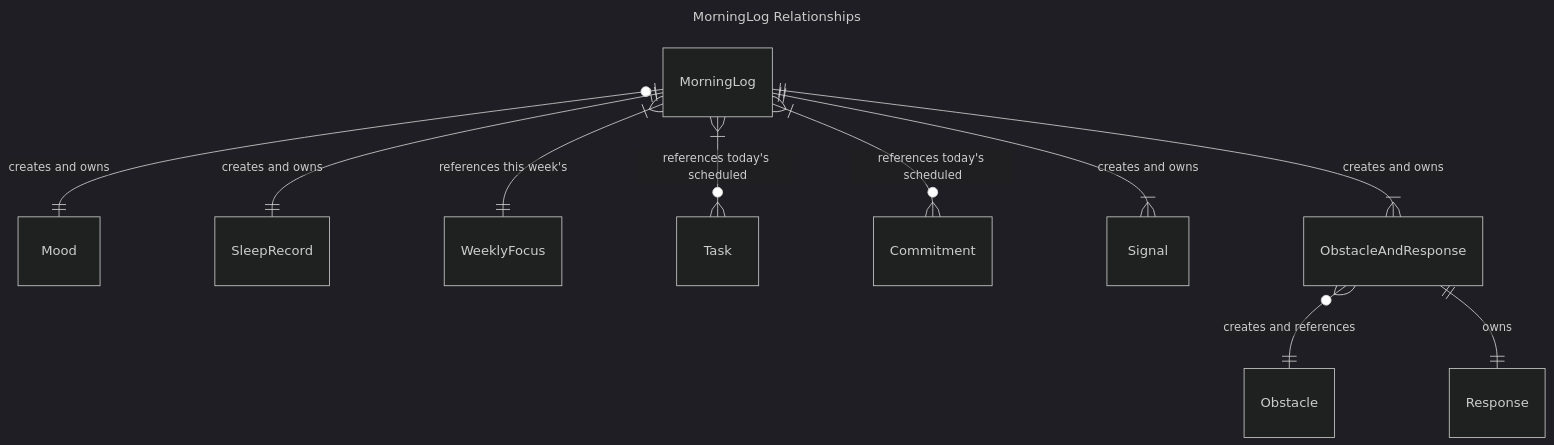
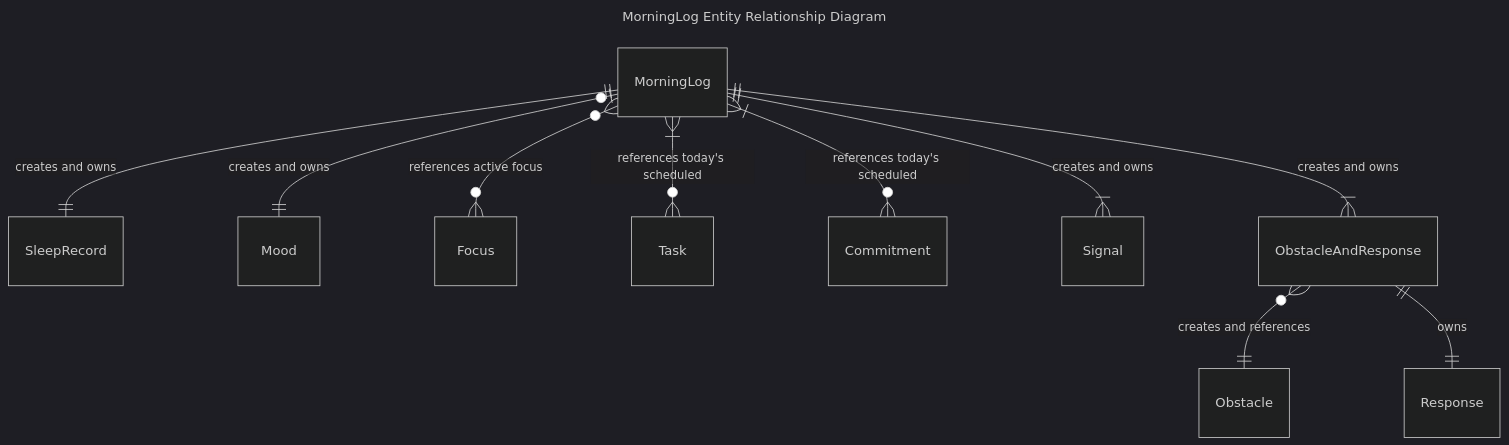
The third of 8 diagrams in design-docs/02-entity-relationship-mermaid.md (osgrouch/olos), drawn with Mermaid (dark theme) before and after one commit. The commit also changed other lines of this file and 5 other files, not shown here.

````diff
--- a/design-docs/02-entity-relationship-mermaid.md
+++ b/design-docs/02-entity-relationship-mermaid.md
@@ -56,18 +56,18 @@
 ``` mermaid
 ---
-title: MorningLog Relationships
+title: MorningLog Entity Relationship Diagram
 ---
 erDiagram
   direction TB
 
+  MorningLog ||--|| SleepRecord: "creates and owns"
   MorningLog |o--|| Mood : "creates and owns"
-  MorningLog ||--|| SleepRecord: "creates and owns"
-  MorningLog }|--|| WeeklyFocus : "references this week's"
+  MorningLog }o--o{ Focus : "references active focus"
   MorningLog }|--o{ Task : "references today's scheduled"
   MorningLog }|--o{ Commitment : "references today's scheduled"
   MorningLog ||--|{ Signal : "creates and owns"
   MorningLog ||--|{ ObstacleAndResponse : "creates and owns"
 
   ObstacleAndResponse }o--|| Obstacle : "creates and references"
   ObstacleAndResponse ||--|| Response : "owns"
 ```
````
